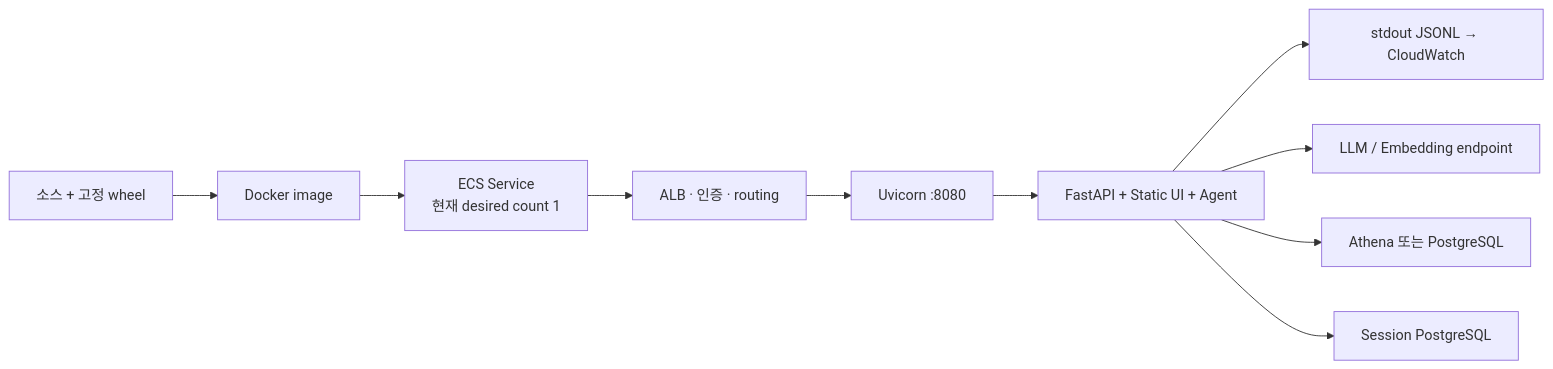
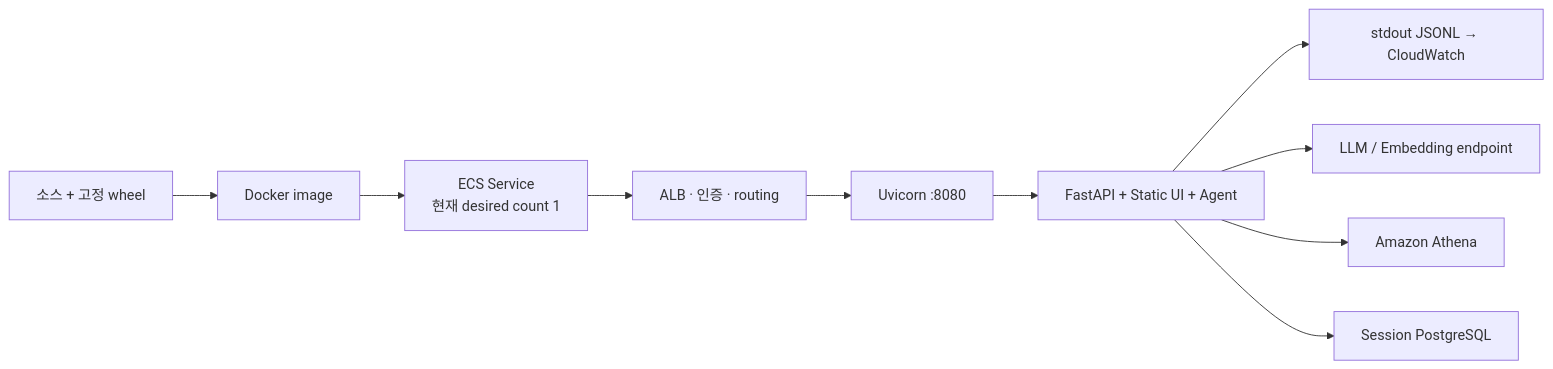
One commit to sminsu/corporate_sales changed the seventh of 7 diagrams in docs/agent-architecture-flow.md. Above: the diagram before and after it, drawn with Mermaid. The commit also changed other lines of this file and 14 other files, not shown here.

First line of the commit message:
Run business queries on Athena only; keep PostgreSQL for session storage

````diff
--- a/docs/agent-architecture-flow.md
+++ b/docs/agent-architecture-flow.md
@@ -459,12 +456,12 @@
 ```mermaid
 flowchart LR
     SRC["소스 + 고정 wheel"] --> IMAGE["Docker image"]
     IMAGE --> ECS["ECS Service<br/>현재 desired count 1"]
     ECS --> ALB["ALB · 인증 · routing"]
     ALB --> UV["Uvicorn :8080"]
     UV --> APP["FastAPI + Static UI + Agent"]
     APP --> CW["stdout JSONL → CloudWatch"]
     APP --> LLM["LLM / Embedding endpoint"]
-    APP --> DB["Athena 또는 PostgreSQL"]
+    APP --> DB["Amazon Athena"]
     APP --> SPG["Session PostgreSQL"]
 ```
````
